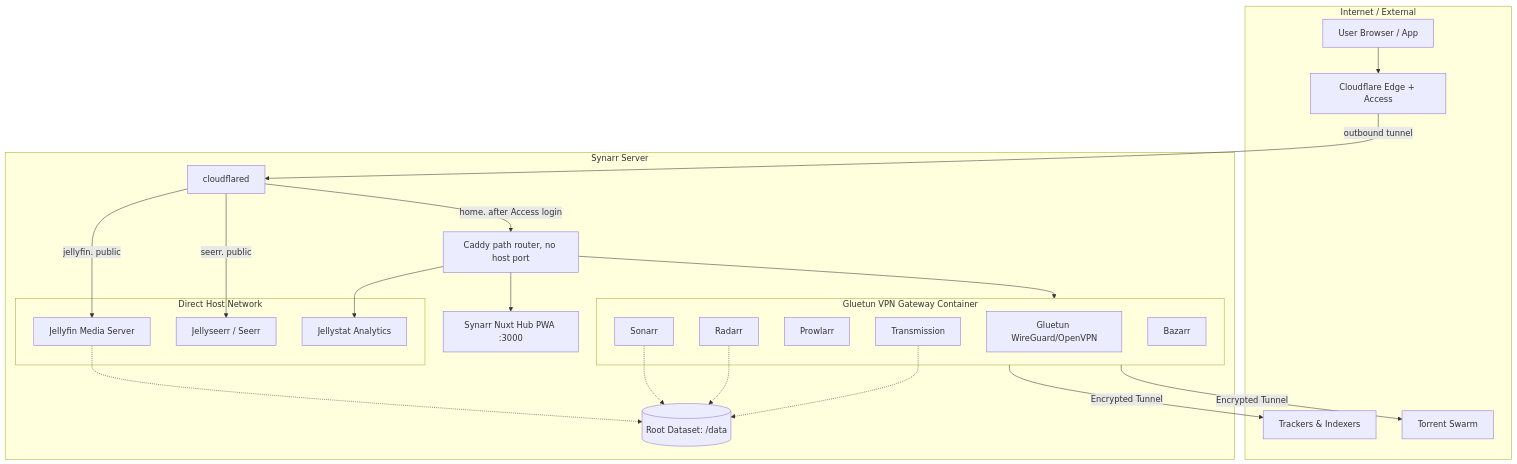
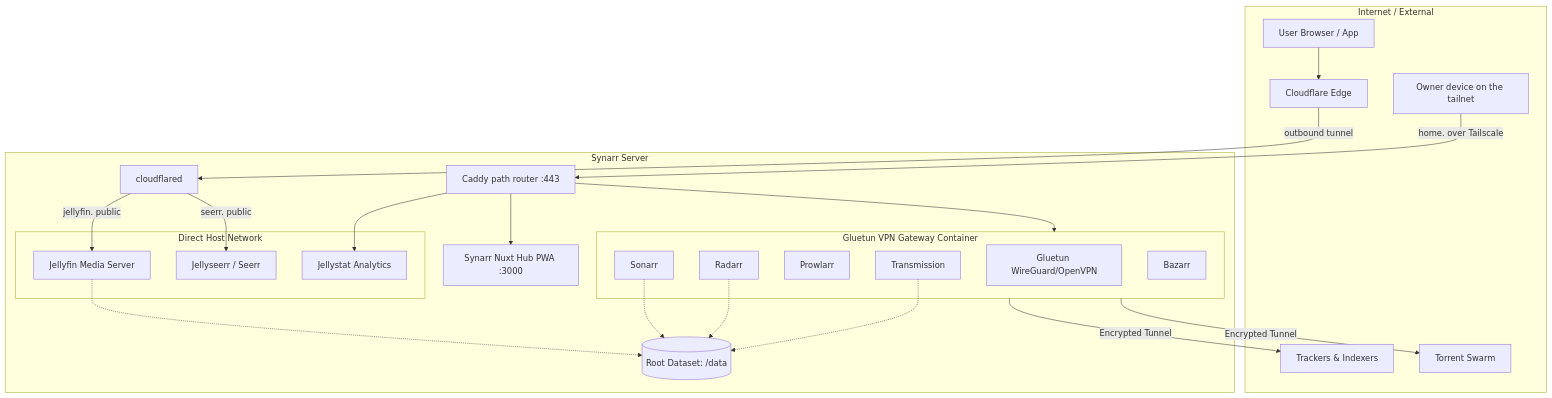
The diagram in README.md (tristanschwenk/synarr), drawn with Mermaid before and after one commit. The commit also changed other lines of this file and 8 other files, not shown here.

First line of the commit message:
feat: serve home over Tailscale with a DNS-challenge certificate

````diff
--- a/README.md
+++ b/README.md
@@ -23,49 +23,50 @@
 ```mermaid
 flowchart TB
     subgraph WAN [Internet / External]
         Client[User Browser / App]
-        CF[Cloudflare Edge + Access]
+        Owner[Owner device on the tailnet]
+        CF[Cloudflare Edge]
         Trackers[Trackers & Indexers]
         Peers[Torrent Swarm]
     end
 
     subgraph SynarrHost [Synarr Server]
         Tunnel[cloudflared]
-        Proxy[Caddy path router, no host port]
+        Proxy[Caddy path router :443]
         Hub[Synarr Nuxt Hub PWA :3000]
 
         subgraph VPNSidecar [Gluetun VPN Gateway Container]
             VPN[Gluetun WireGuard/OpenVPN]
             Transmission[Transmission]
             Prowlarr[Prowlarr]
             Radarr[Radarr]
             Sonarr[Sonarr]
             Bazarr[Bazarr]
         end
 
         subgraph LocalNetwork [Direct Host Network]
             Jellyfin[Jellyfin Media Server]
             Seerr[Jellyseerr / Seerr]
             Jellystat[Jellystat Analytics]
         end
 
         Storage[(Root Dataset: /data)]
     end
 
     Client --> CF
     CF -->|outbound tunnel| Tunnel
-    Tunnel -->|home. after Access login| Proxy
     Tunnel -->|jellyfin. public| Jellyfin
     Tunnel -->|seerr. public| Seerr
+    Owner -->|home. over Tailscale| Proxy
     Proxy --> Hub
     Proxy --> VPNSidecar
     Proxy --> Jellystat
 
     Transmission -.-> Storage
     Radarr -.-> Storage
     Sonarr -.-> Storage
     Jellyfin -.-> Storage
 
     VPNSidecar -->|Encrypted Tunnel| Trackers
     VPNSidecar -->|Encrypted Tunnel| Peers
 ```
````
